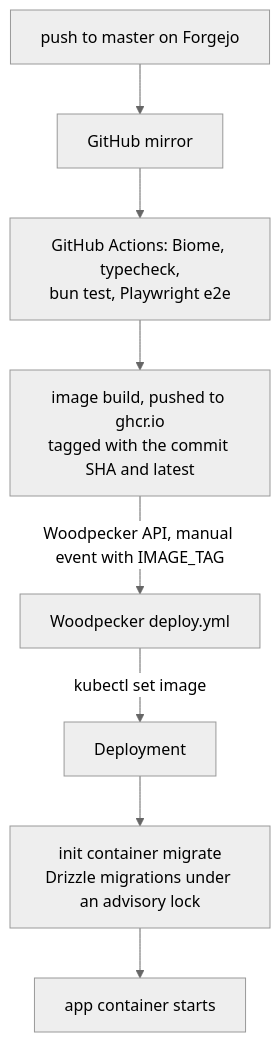
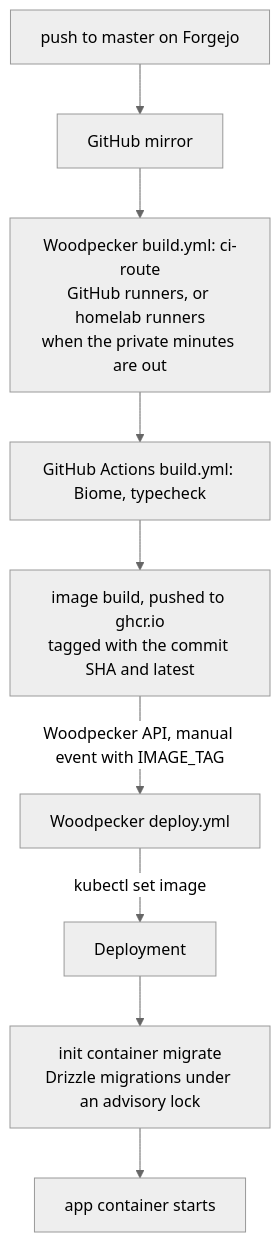
The seventh of 7 diagrams in docs/stack.md (ViktorBarzin/app-kit), drawn with Mermaid (neutral theme) before and after one commit. The commit also changed other lines of this file and 3 other files, not shown here.

First line of the commit message:
template: Woodpecker starts the build and picks the runners

````diff
--- a/docs/stack.md
+++ b/docs/stack.md
@@ -739,10 +739,11 @@
 ```mermaid
 flowchart TD
   P[push to master on Forgejo] --> GH[GitHub mirror]
-  GH --> T["GitHub Actions: Biome, typecheck,<br/>bun test, Playwright e2e"]
+  GH --> R0["Woodpecker build.yml: ci-route<br/>GitHub runners, or homelab runners<br/>when the private minutes are out"]
+  R0 --> T["GitHub Actions build.yml: Biome, typecheck"]
   T --> I["image build, pushed to ghcr.io<br/>tagged with the commit SHA and latest"]
   I -- "Woodpecker API, manual event with IMAGE_TAG" --> W[Woodpecker deploy.yml]
   W -- "kubectl set image" --> D[Deployment]
   D --> M["init container migrate<br/>Drizzle migrations under an advisory lock"]
   M --> R[app container starts]
 ```
````
